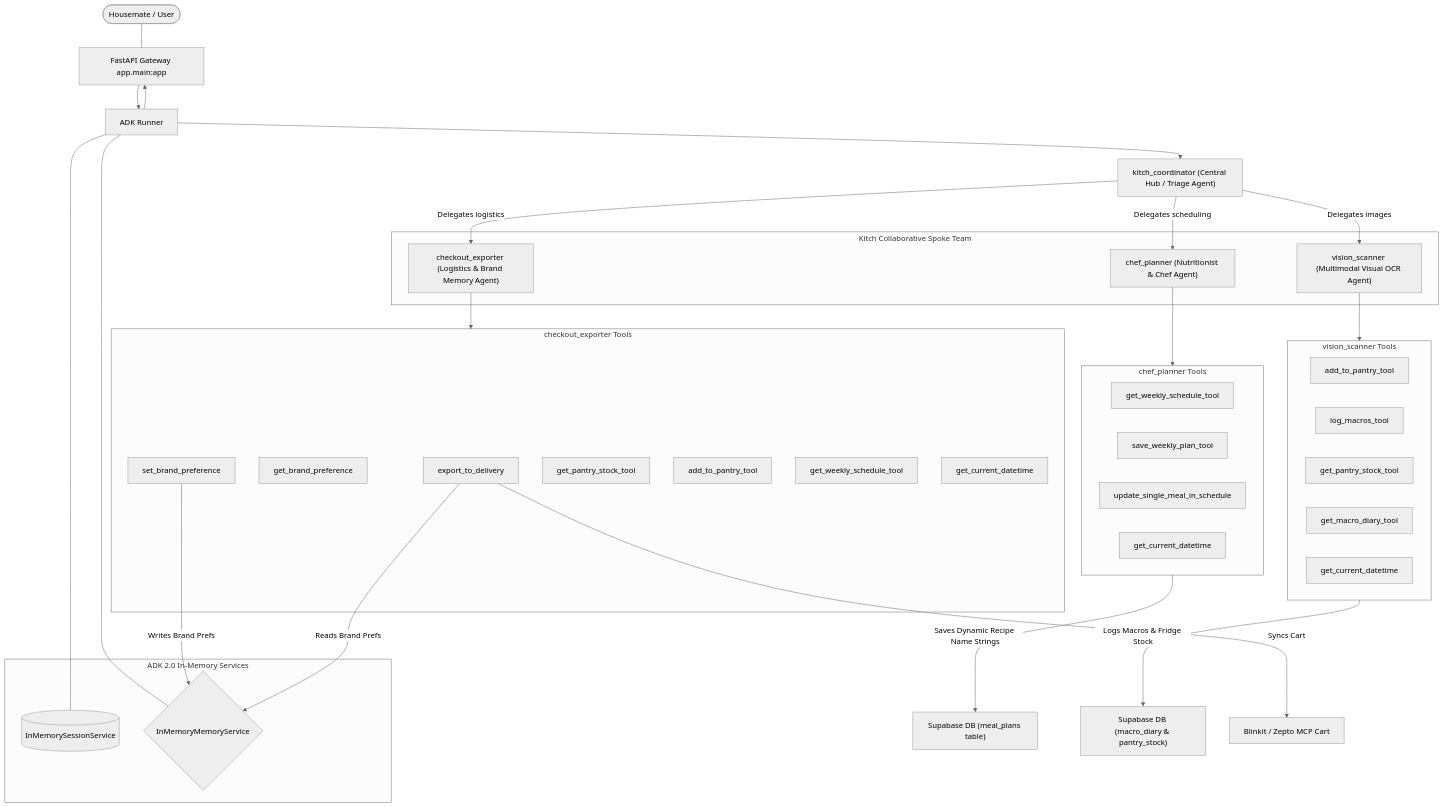
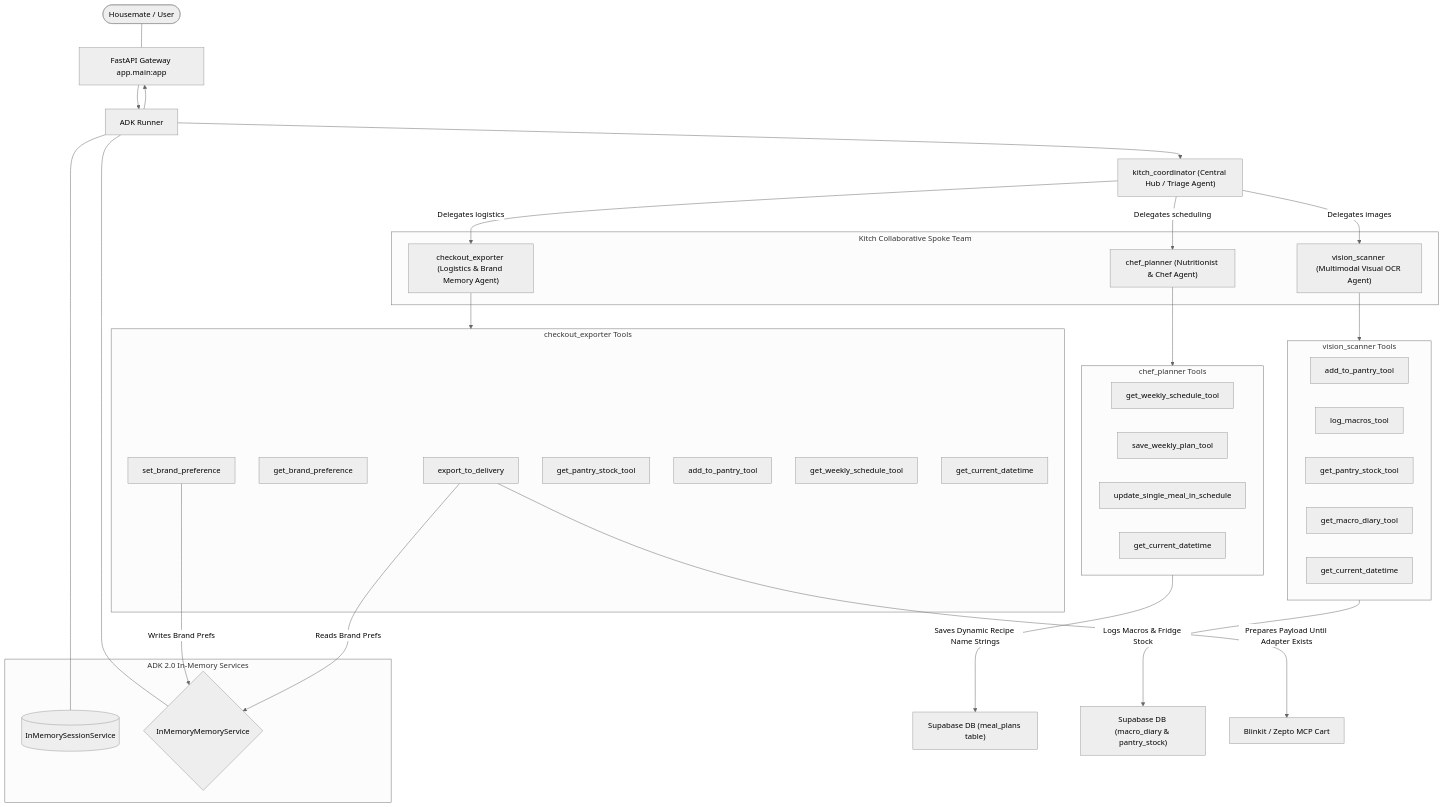
One commit to architworks/meal_and_grocery_agent changed the diagram in docs/agent_topology.md. Above: the diagram before and after it, drawn with Mermaid (neutral theme). The commit also changed other lines of this file and 14 other files, not shown here.

First line of the commit message:
refactor: align app with shared household architecture

````diff
--- a/docs/agent_topology.md
+++ b/docs/agent_topology.md
@@ -11,64 +11,64 @@
 ```mermaid
 flowchart TD
     %% Entry point
     User([Housemate / User]) --- Gateway[FastAPI Gateway app.main:app]
     Gateway --> Runner[ADK Runner]
     Runner --> Gateway
     
     %% Native Services Layer
     subgraph ADK_Services ["ADK 2.0 In-Memory Services"]
         SessionSvc[(InMemorySessionService)]
         MemorySvc{InMemoryMemoryService}
     end
     
     Runner --- SessionSvc
     Runner --- MemorySvc
     
     %% Parent Coordinator
     Runner --> Parent["kitch_coordinator (Central Hub / Triage Agent)"]
     
     %% Multi-Agent Routing & Delegation (3-Spoke Team)
     subgraph Agent_Team ["Kitch Collaborative Spoke Team"]
         SubChef["chef_planner (Nutritionist & Chef Agent)"]
         SubVision["vision_scanner (Multimodal Visual OCR Agent)"]
         SubCart["checkout_exporter (Logistics & Brand Memory Agent)"]
     end
     
     Parent -->|Delegates scheduling| SubChef
     Parent -->|Delegates images| SubVision
     Parent -->|Delegates logistics| SubCart
     
     %% Spoke Tools & DB Connections
     subgraph Chef_Tools ["chef_planner Tools"]
         T_GetSched[get_weekly_schedule_tool]
         T_SavePlan[save_weekly_plan_tool]
         T_SwapMeal[update_single_meal_in_schedule]
         T_GetTime[get_current_datetime]
     end
     SubChef --> Chef_Tools
     Chef_Tools -->|Saves Dynamic Recipe Name Strings| SupabasePlanner["Supabase DB (meal_plans table)"]
     
     subgraph Vision_Tools ["vision_scanner Tools"]
         T_AddPantry[add_to_pantry_tool]
         T_LogMacros[log_macros_tool]
         T_GetPantry[get_pantry_stock_tool]
         T_GetMacroDiary[get_macro_diary_tool]
         T_GetTimeV[get_current_datetime]
     end
     SubVision --> Vision_Tools
     Vision_Tools -->|Logs Macros & Fridge Stock| SupabaseDiary["Supabase DB (macro_diary & pantry_stock)"]
     
     subgraph Checkout_Tools ["checkout_exporter Tools"]
         T_Export[export_to_delivery]
         T_GetBrand[get_brand_preference]
         T_SetBrand[set_brand_preference]
         T_GetPantryC[get_pantry_stock_tool]
         T_AddPantryC[add_to_pantry_tool]
         T_GetSchedC[get_weekly_schedule_tool]
         T_GetTimeC[get_current_datetime]
     end
     SubCart --> Checkout_Tools
     T_SetBrand -->|Writes Brand Prefs| MemorySvc
     T_Export -->|Reads Brand Prefs| MemorySvc
-    T_Export -->|Syncs Cart| MCP["Blinkit / Zepto MCP Cart"]
+    T_Export -->|Prepares Payload Until Adapter Exists| MCP["Blinkit / Zepto MCP Cart"]
 ```
````
